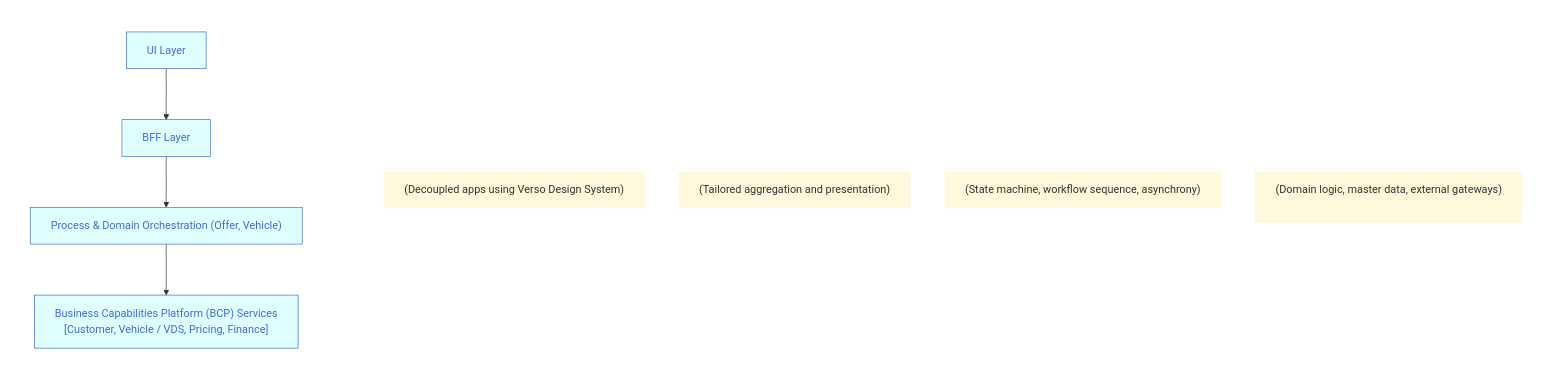
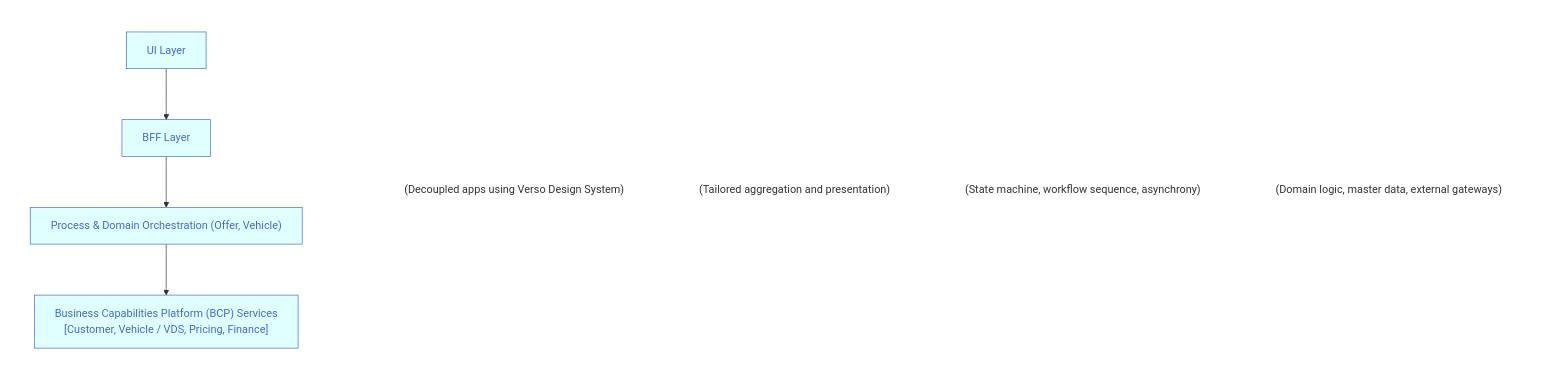
Before and after one commit to joe-dorward/samples: the diagram in buttons_mermaid_v3.md, drawn with Mermaid.

````diff
--- a/buttons_mermaid_v3.md
+++ b/buttons_mermaid_v3.md
@@ -3,50 +3,50 @@
 ```mermaid
   %%{
     init: {
       "flowchart": { "markdownAutoWrap":"false", "textWrap":"false", "wrappingWidth": "100%" }
     }
   }%%
   flowchart LR
 
   classDef Button fill:lightcyan, stroke:royalblue, color:royalblue;
-  classDef Note fill:cornsilk, stroke:transparent;
+  classDef Note fill:transparent, stroke-width:0px
   %% ---------- ---------- ---------- ---------- ---------- ---------- ---------- ---------- ---------- ----------
   subgraph BUTTONS
     direction TD
 
     BUTTON_01["UI Layer"]:::Button
     click BUTTON_01 "https://en.wikipedia.org/wiki/Main_Page" _blank
 
     BUTTON_02["BFF Layer"]:::Button
     click BUTTON_02 "https://en.wikipedia.org/wiki/Main_Page" _blank
 
     BUTTON_03["Process & Domain Orchestration (Offer, Vehicle)"]:::Button
     click BUTTON_03 "https://en.wikipedia.org/wiki/Main_Page" _blank
 
     BUTTON_04["Business Capabilities Platform (BCP) Services<br/>[Customer, Vehicle / VDS, Pricing, Finance]"]:::Button
     click BUTTON_04 "https://en.wikipedia.org/wiki/Main_Page" _blank
   end
 
   %% ---------- ---------- ---------- ---------- ---------- ---------- ---------- ---------- ---------- ----------
   subgraph NOTES
     direction TD
     BUTTON_01_NOTE["(Decoupled apps using Verso Design System)"]:::Note
     BUTTON_02_NOTE["(Tailored aggregation and presentation)"]:::Note
     BUTTON_03_NOTE["(State machine, workflow sequence, asynchrony)"]:::Note
     BUTTON_04_NOTE["(Domain logic, master data, external gateways)"]:::Note
   end
   %% ---------- ---------- ---------- ---------- ---------- ---------- ---------- ---------- ---------- ----------
   %% invisibly connect BUTTONS (sub-graph) to NOTES (sub-graph)
   BUTTONS~~~
   NOTES
   %% ---------- ---------- ---------- ---------- ---------- ---------- ---------- ---------- ---------- ----------
   %% connect buttons
   BUTTON_01-->
   BUTTON_02-->
   BUTTON_03-->
   BUTTON_04
   %% ---------- ---------- ---------- ---------- ---------- ---------- ---------- ---------- ---------- ----------
   style BUTTONS fill:transparent,color:white,stroke-width:0px
   style NOTES fill:transparent,color:white,stroke-width:0px
   style BUTTON_04_NOTE height:75px;
 ```
````
